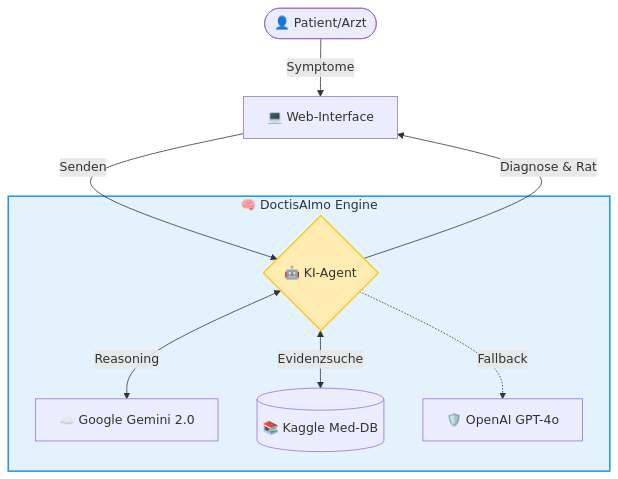
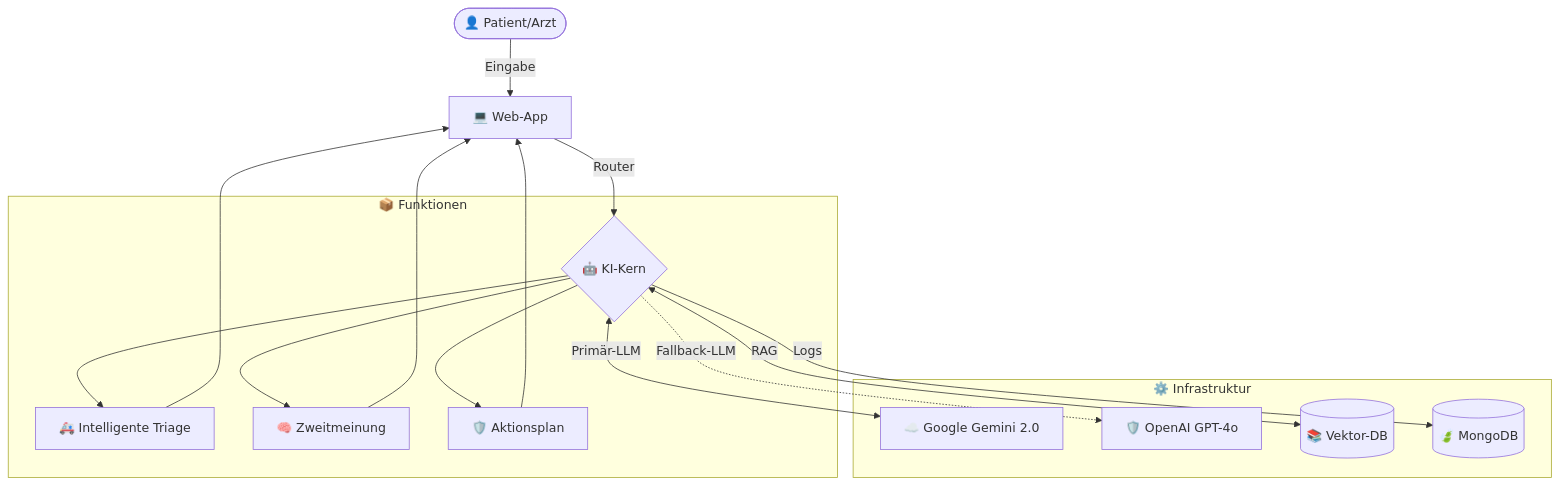
The seventh of 8 diagrams in README.md (Adam-Blf/Projet-IA-Generative-Doctis-AI-mo), drawn with Mermaid before and after one commit. The commit also changed other lines of this file, not shown here.

Commit message:
Docs: Center Align Header & Enhanced Dark-Mode Friendly Diagrams

````diff
--- a/README.md
+++ b/README.md
@@ -449,16 +467,20 @@
 ```mermaid
 graph TD
-    User([👤 Patient/Arzt]) -->|Symptome| UI[💻 Web-Interface];
-    UI -->|Senden| Agent{🤖 KI-Agent};
+    User([👤 Patient/Arzt]) -->|Eingabe| UI[💻 Web-App];
+    UI -->|Router| Agent{🤖 KI-Kern};
     
-    subgraph Core [🧠 DoctisAImo Engine]
-        Agent <-->|Reasoning| Gemini[☁️ Google Gemini 2.0];
-        Agent <-->|Evidenzsuche| RAG[(📚 Kaggle Med-DB)];
-        Agent -.->|Fallback| GPT[🛡️ OpenAI GPT-4o];
+    subgraph Modules [📦 Funktionen]
+        Agent --> Triage[🚑 Intelligente Triage];
+        Agent --> SecondOp[🧠 Zweitmeinung];
+        Agent --> Plan[🛡️ Aktionsplan];
+    end
+
+    subgraph Backend [⚙️ Infrastruktur]
+        Agent <-->|Primär-LLM| Gemini[☁️ Google Gemini 2.0];
+        Agent -.->|Fallback-LLM| GPT[🛡️ OpenAI GPT-4o];
+        Agent <-->|RAG| DB[(📚 Vektor-DB)];
+        Agent -->|Logs| Mongo[(🍃 MongoDB)];
     end
     
-    Agent -->|Diagnose & Rat| UI;
-    
-    style Core fill:#e3f2fd,stroke:#2196f3,stroke-width:2px
-    style Agent fill:#ffecb3,stroke:#ffca28,stroke-width:2px
+    Triage & SecondOp & Plan --> UI;
 ```
````
